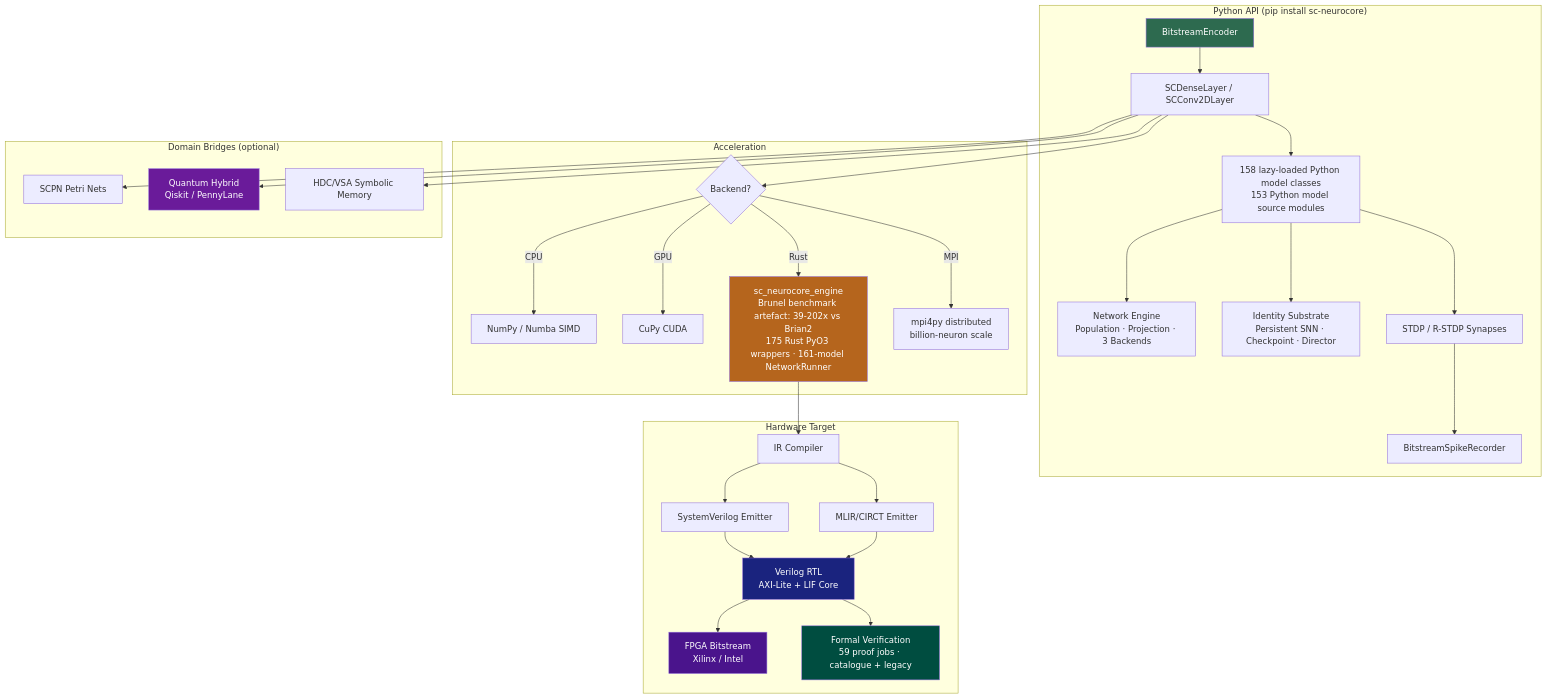
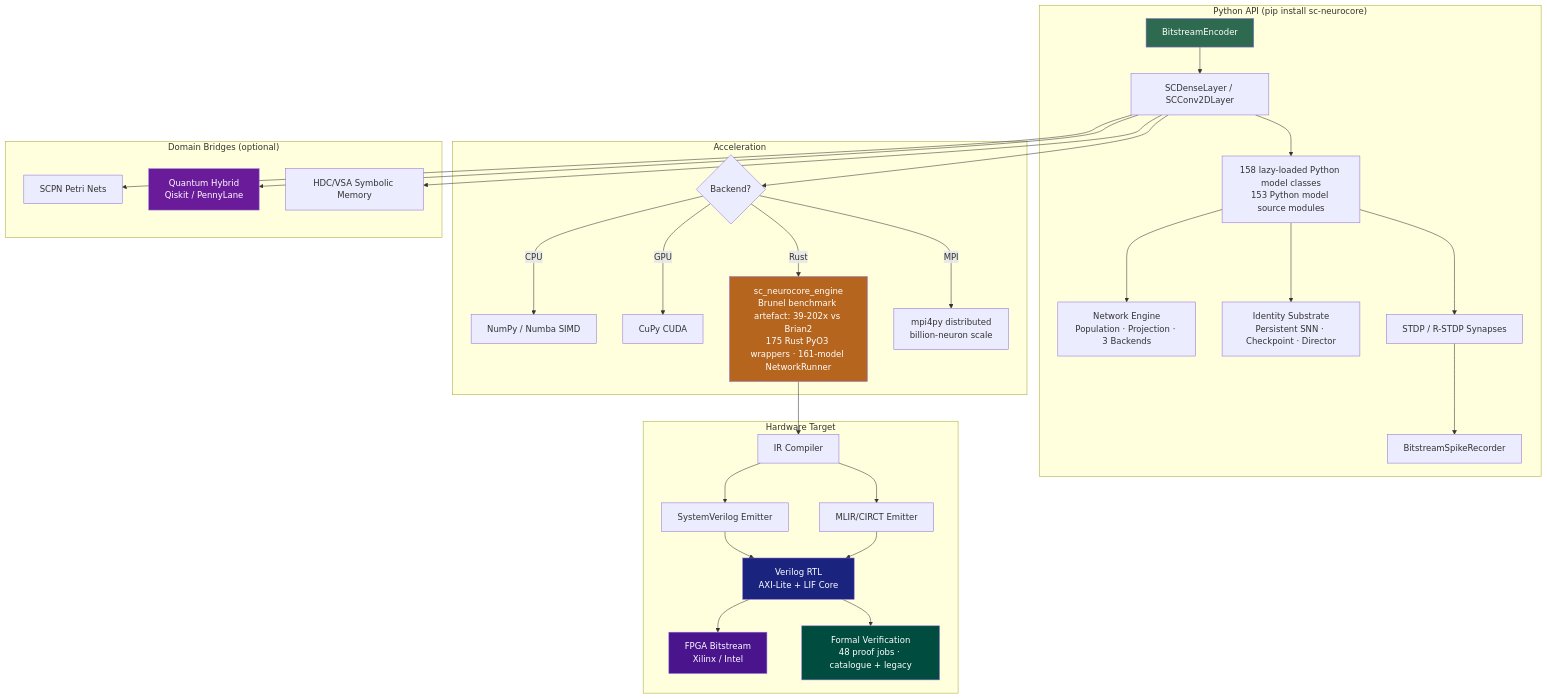
Before and after one commit to anulum/sc-neurocore: the diagram in README.md, drawn with Mermaid. The commit also changed other lines of this file and 32 other files, not shown here.

````diff
--- a/README.md
+++ b/README.md
@@ -357,42 +357,42 @@
 ```mermaid
 graph TD
     subgraph "Python API (pip install sc-neurocore)"
         A[BitstreamEncoder] --> B[SCDenseLayer / SCConv2DLayer]
         B --> C[158 lazy-loaded Python model classes<br/>153 Python model source modules]
         C --> NET[Network Engine<br/>Population · Projection · 3 Backends]
         C --> ID[Identity Substrate<br/>Persistent SNN · Checkpoint · Director]
         C --> D[STDP / R-STDP Synapses]
         D --> E[BitstreamSpikeRecorder]
     end
 
     subgraph "Acceleration"
         B --> F{Backend?}
         F -->|CPU| G[NumPy / Numba SIMD]
         F -->|GPU| H[CuPy CUDA]
         F -->|Rust| I[sc_neurocore_engine<br/>Brunel benchmark artefact: 39-202x vs Brian2<br/>175 Rust PyO3 wrappers · 161-model NetworkRunner]
         F -->|MPI| MPI[mpi4py distributed<br/>billion-neuron scale]
     end
 
     subgraph "Hardware Target"
         I --> J[IR Compiler]
         J --> K[SystemVerilog Emitter]
         J --> K2[MLIR/CIRCT Emitter]
         K --> L[Verilog RTL<br/>AXI-Lite + LIF Core]
         K2 --> L
         L --> M[FPGA Bitstream<br/>Xilinx / Intel]
-        L --> V[Formal Verification<br/>59 proof jobs · catalogue + legacy]
+        L --> V[Formal Verification<br/>48 proof jobs · catalogue + legacy]
     end
 
     subgraph "Domain Bridges (optional)"
         B --> N[SCPN Petri Nets]
         B --> O[Quantum Hybrid<br/>Qiskit / PennyLane]
         B --> P[HDC/VSA Symbolic Memory]
     end
 
     style A fill:#2d6a4f,color:#fff
     style I fill:#b5651d,color:#fff
     style L fill:#1a237e,color:#fff
     style M fill:#4a148c,color:#fff
     style O fill:#6a1b9a,color:#fff
     style V fill:#004d40,color:#fff
 ```
````
